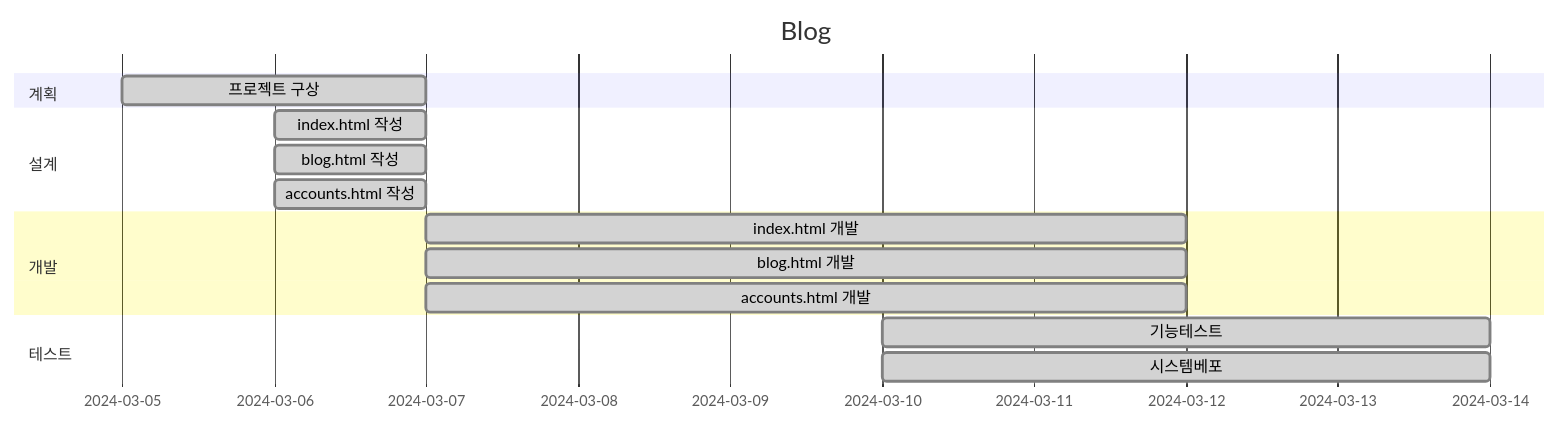
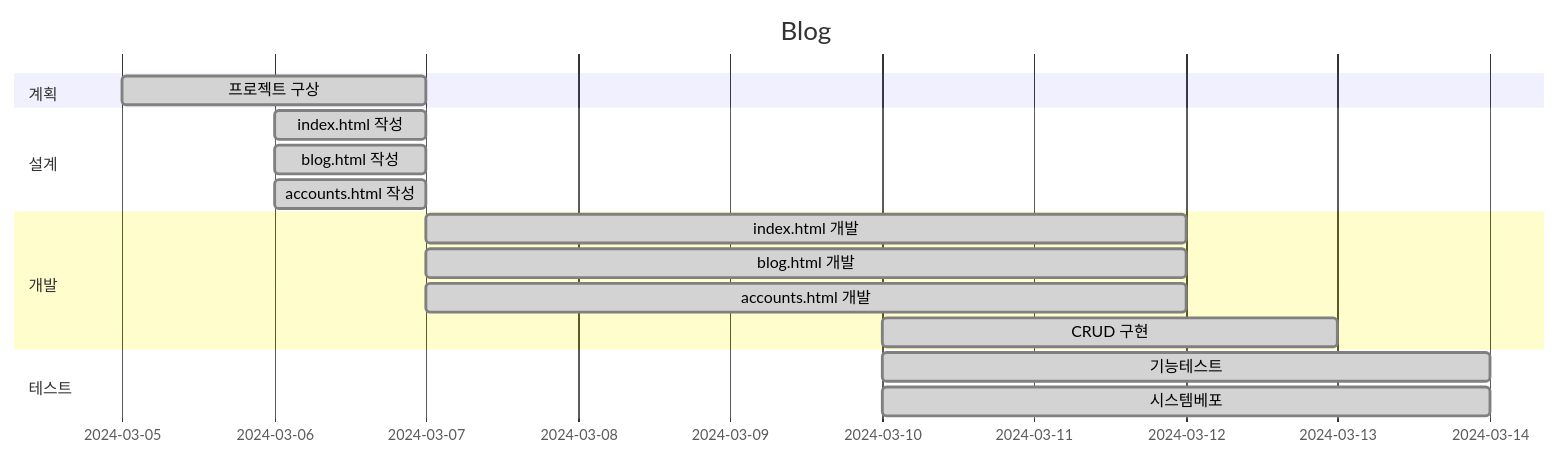
Before and after one commit to Junha9694/Project-Blog: the diagram in README.md, drawn with Mermaid.

````diff
--- a/README.md
+++ b/README.md
@@ -24,21 +24,22 @@
 ```mermaid
 gantt
     title Blog
     dateFormat  YYYY-MM-DD
     section 계획
     프로젝트 구상       :done,    des1, 2024-03-05, 2d
 
     section 설계
     index.html 작성    :done,    des1, 2024-03-06, 1d
     blog.html 작성     :done,    des1, 2024-03-06, 1d
     accounts.html 작성     :done,    des1, 2024-03-06, 1d
 
     section 개발
     index.html 개발    :done,    des1, 2024-03-07, 5d
     blog.html 개발     :done,    des1, 2024-03-07, 5d
     accounts.html 개발     :done,    des1, 2024-03-07, 5d
+    CRUD 구현     :done,    des1, 2024-03-10, 3d
 
     section 테스트
     기능테스트         :done,    des1, 2024-03-10, 4d
     시스템베포         :done,    des1, 2024-03-10, 4d
 ```
````
